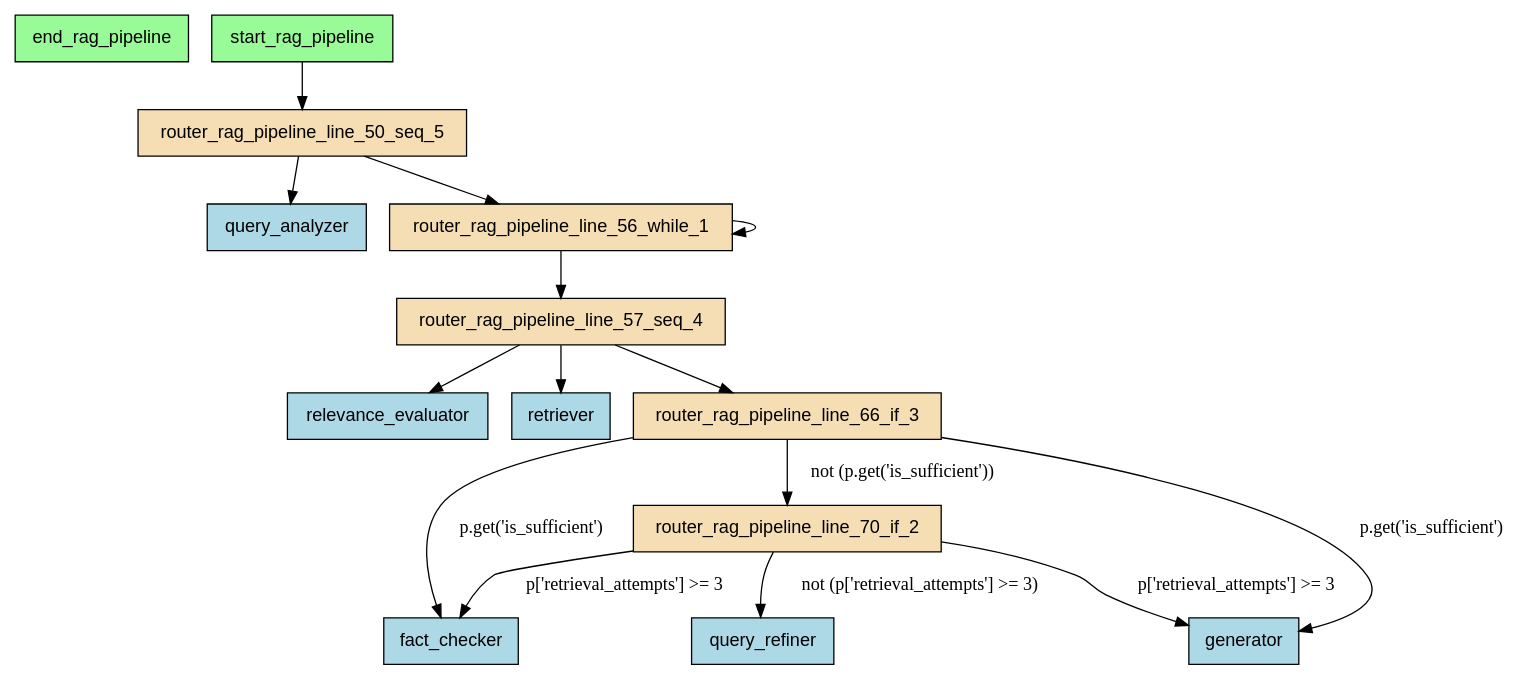
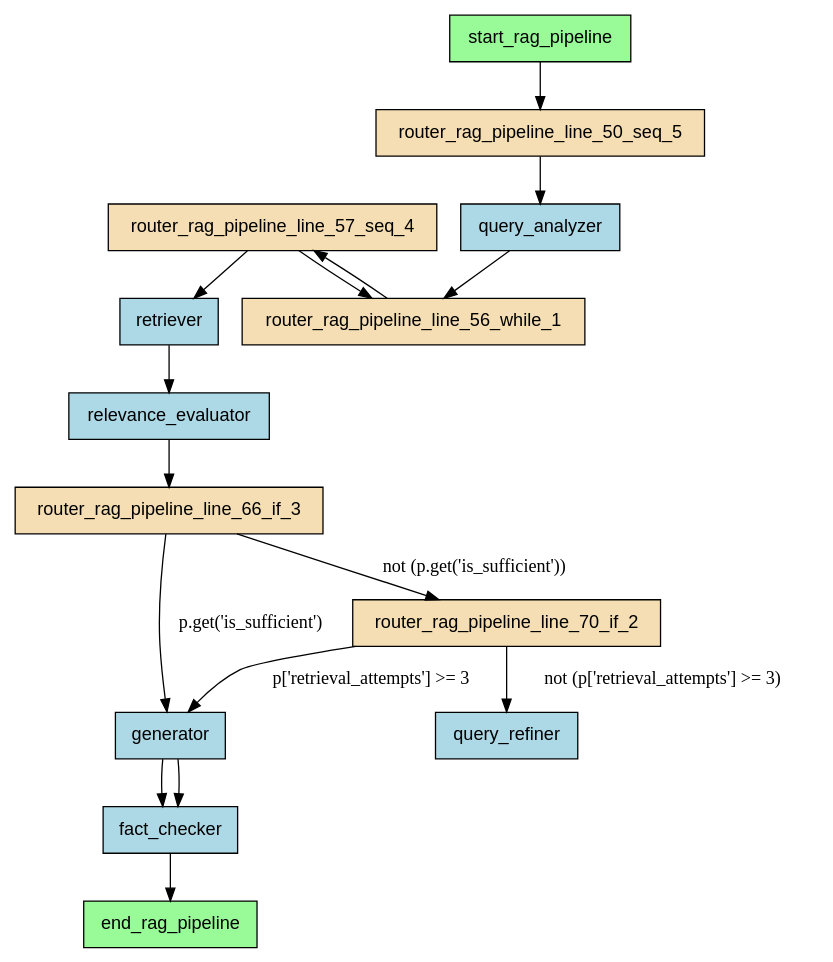
The diagram in examples/flows/agentic/compiled/rag_pipeline/flow.dot (deliveryhero/asya), drawn with Graphviz before and after one commit. The commit also changed 224 other files, not shown here.

```diff
--- a/examples/flows/agentic/compiled/rag_pipeline/flow.dot
+++ b/examples/flows/agentic/compiled/rag_pipeline/flow.dot
@@ -1,33 +1,34 @@
 digraph "rag_pipeline" {
     rankdir=TB;
     node [shape=box, style=filled, fontname="Helvetica"];
 
     end_rag_pipeline [label="end_rag_pipeline", fillcolor=palegreen];
     fact_checker [label="fact_checker", fillcolor=lightblue];
     generator [label="generator", fillcolor=lightblue];
     query_analyzer [label="query_analyzer", fillcolor=lightblue];
     query_refiner [label="query_refiner", fillcolor=lightblue];
     relevance_evaluator [label="relevance_evaluator", fillcolor=lightblue];
     retriever [label="retriever", fillcolor=lightblue];
     router_rag_pipeline_line_50_seq_5 [label="router_rag_pipeline_line_50_seq_5", fillcolor=wheat];
     router_rag_pipeline_line_56_while_1 [label="router_rag_pipeline_line_56_while_1", fillcolor=wheat];
     router_rag_pipeline_line_57_seq_4 [label="router_rag_pipeline_line_57_seq_4", fillcolor=wheat];
     router_rag_pipeline_line_66_if_3 [label="router_rag_pipeline_line_66_if_3", fillcolor=wheat];
     router_rag_pipeline_line_70_if_2 [label="router_rag_pipeline_line_70_if_2", fillcolor=wheat];
     start_rag_pipeline [label="start_rag_pipeline", fillcolor=palegreen];
 
     start_rag_pipeline -> router_rag_pipeline_line_50_seq_5;
     router_rag_pipeline_line_70_if_2 -> query_refiner [label="not (p['retrieval_attempts'] >= 3)"];
     router_rag_pipeline_line_70_if_2 -> generator [label="p['retrieval_attempts'] >= 3"];
-    router_rag_pipeline_line_70_if_2 -> fact_checker [label="p['retrieval_attempts'] >= 3"];
+    generator -> fact_checker;
     router_rag_pipeline_line_66_if_3 -> router_rag_pipeline_line_70_if_2 [label="not (p.get('is_sufficient'))"];
     router_rag_pipeline_line_66_if_3 -> generator [label="p.get('is_sufficient')"];
-    router_rag_pipeline_line_66_if_3 -> fact_checker [label="p.get('is_sufficient')"];
+    generator -> fact_checker;
     router_rag_pipeline_line_57_seq_4 -> retriever;
-    router_rag_pipeline_line_57_seq_4 -> relevance_evaluator;
-    router_rag_pipeline_line_57_seq_4 -> router_rag_pipeline_line_66_if_3;
+    retriever -> relevance_evaluator;
+    relevance_evaluator -> router_rag_pipeline_line_66_if_3;
     router_rag_pipeline_line_56_while_1 -> router_rag_pipeline_line_57_seq_4;
-    router_rag_pipeline_line_56_while_1 -> router_rag_pipeline_line_56_while_1;
+    router_rag_pipeline_line_57_seq_4 -> router_rag_pipeline_line_56_while_1;
     router_rag_pipeline_line_50_seq_5 -> query_analyzer;
-    router_rag_pipeline_line_50_seq_5 -> router_rag_pipeline_line_56_while_1;
+    query_analyzer -> router_rag_pipeline_line_56_while_1;
+    fact_checker -> end_rag_pipeline;
 }
```
